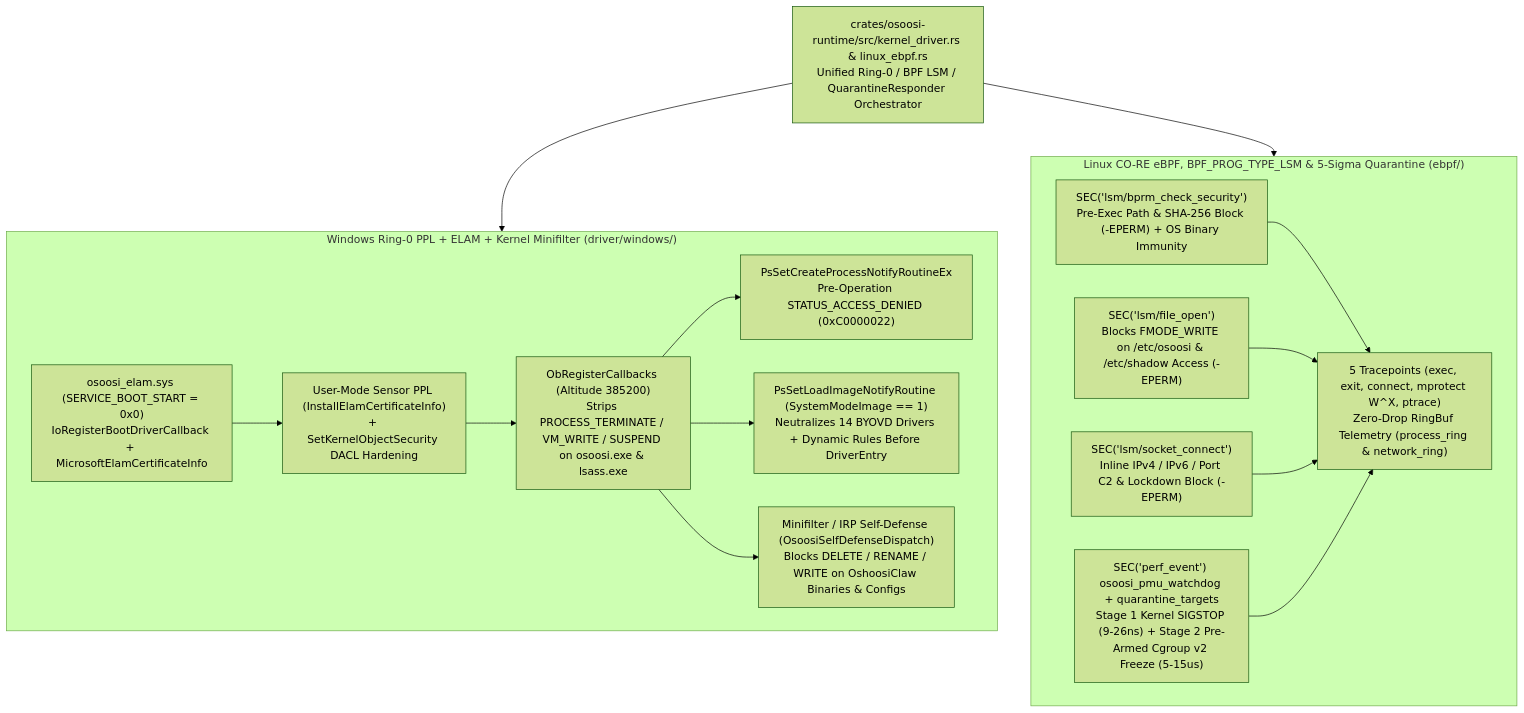
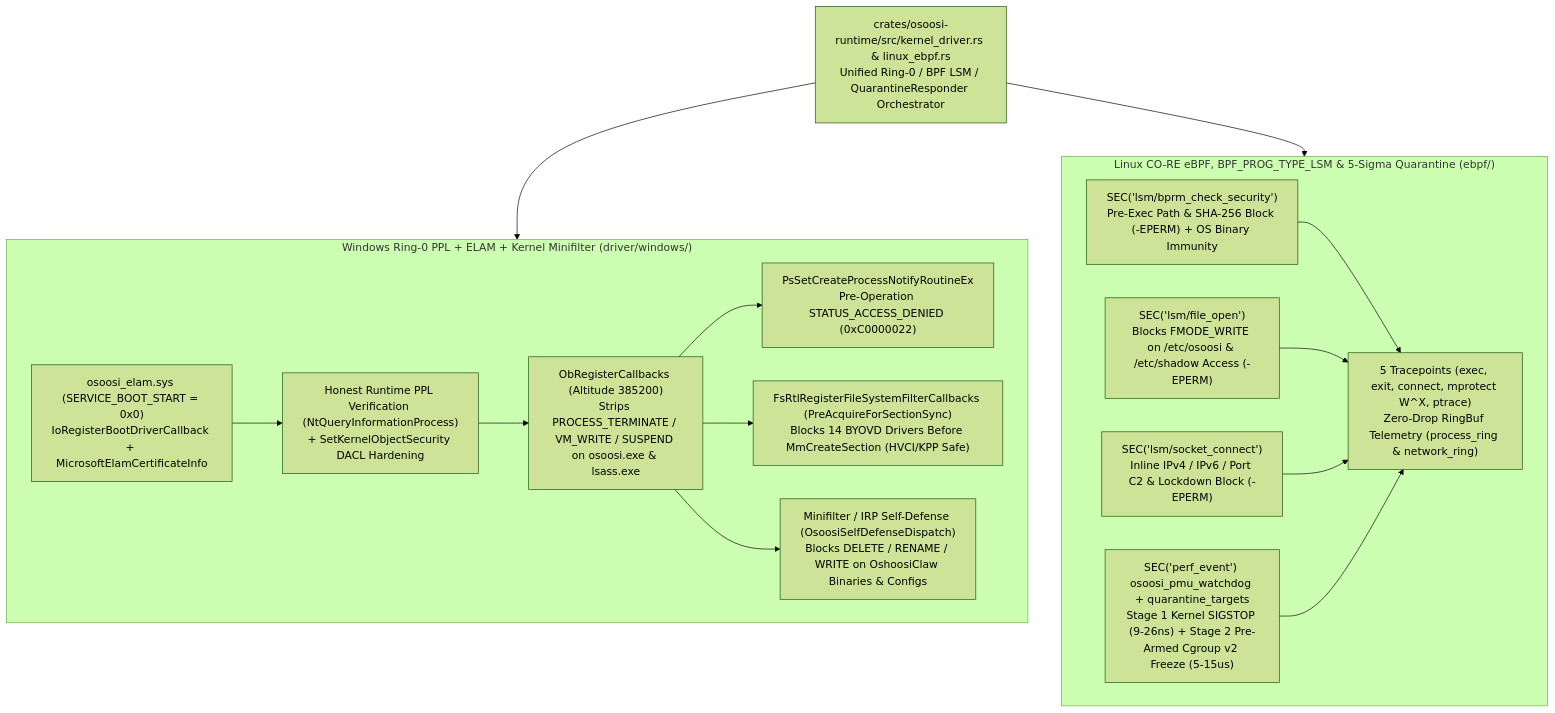
Before and after one commit to oyesanyf/OshoosiClaw: the sixth of 23 diagrams in README.md, drawn with Mermaid (forest theme). The commit also changed other lines of this file and 55 other files, not shown here.

````diff
--- a/README.md
+++ b/README.md
@@ -397,25 +397,25 @@
 ```mermaid
 flowchart TD
     subgraph WIN["Windows Ring-0 PPL + ELAM + Kernel Minifilter (driver/windows/)"]
         ELAM["osoosi_elam.sys (SERVICE_BOOT_START = 0x0)\nIoRegisterBootDriverCallback + MicrosoftElamCertificateInfo"]
-        PPL["User-Mode Sensor PPL (InstallElamCertificateInfo)\n+ SetKernelObjectSecurity DACL Hardening"]
+        PPL["Honest Runtime PPL Verification (NtQueryInformationProcess)\n+ SetKernelObjectSecurity DACL Hardening"]
         OB["ObRegisterCallbacks (Altitude 385200)\nStrips PROCESS_TERMINATE / VM_WRITE / SUSPEND on osoosi.exe & lsass.exe"]
         PS["PsSetCreateProcessNotifyRoutineEx\nPre-Operation STATUS_ACCESS_DENIED (0xC0000022)"]
-        BYOVD["PsSetLoadImageNotifyRoutine (SystemModeImage == 1)\nNeutralizes 14 BYOVD Drivers + Dynamic Rules Before DriverEntry"]
+        BYOVD["FsRtlRegisterFileSystemFilterCallbacks (PreAcquireForSectionSync)\nBlocks 14 BYOVD Drivers Before MmCreateSection (HVCI/KPP Safe)"]
         MF["Minifilter / IRP Self-Defense (OsoosiSelfDefenseDispatch)\nBlocks DELETE / RENAME / WRITE on OshoosiClaw Binaries & Configs"]
         ELAM --> PPL --> OB
         OB --> PS & BYOVD & MF
     end
 
     subgraph LIN["Linux CO-RE eBPF, BPF_PROG_TYPE_LSM & 5-Sigma Quarantine (ebpf/)"]
         BPRM["SEC('lsm/bprm_check_security')\nPre-Exec Path & SHA-256 Block (-EPERM) + OS Binary Immunity"]
         FOPEN["SEC('lsm/file_open')\nBlocks FMODE_WRITE on /etc/osoosi & /etc/shadow Access (-EPERM)"]
         SCONN["SEC('lsm/socket_connect')\nInline IPv4 / IPv6 / Port C2 & Lockdown Block (-EPERM)"]
         PMU["SEC('perf_event') osoosi_pmu_watchdog + quarantine_targets\nStage 1 Kernel SIGSTOP (9-26ns) + Stage 2 Pre-Armed Cgroup v2 Freeze (5-15us)"]
         TP["5 Tracepoints (exec, exit, connect, mprotect W^X, ptrace)\nZero-Drop RingBuf Telemetry (process_ring & network_ring)"]
         BPRM & FOPEN & SCONN & PMU --> TP
     end
 
     ORCH["crates/osoosi-runtime/src/kernel_driver.rs & linux_ebpf.rs\nUnified Ring-0 / BPF LSM / QuarantineResponder Orchestrator"]
     ORCH --> WIN & LIN
 ```
````
